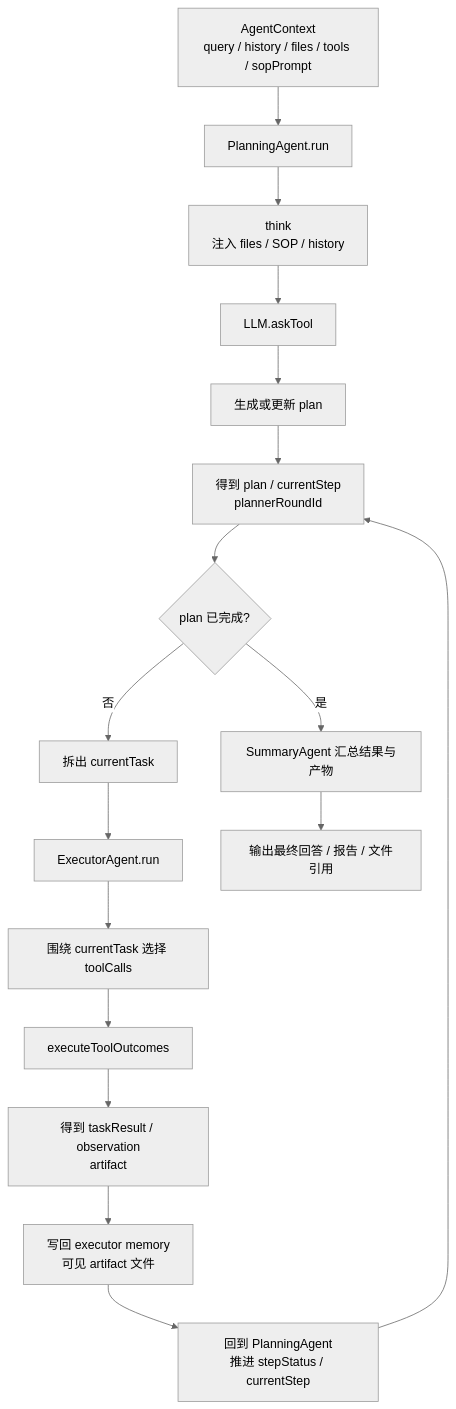
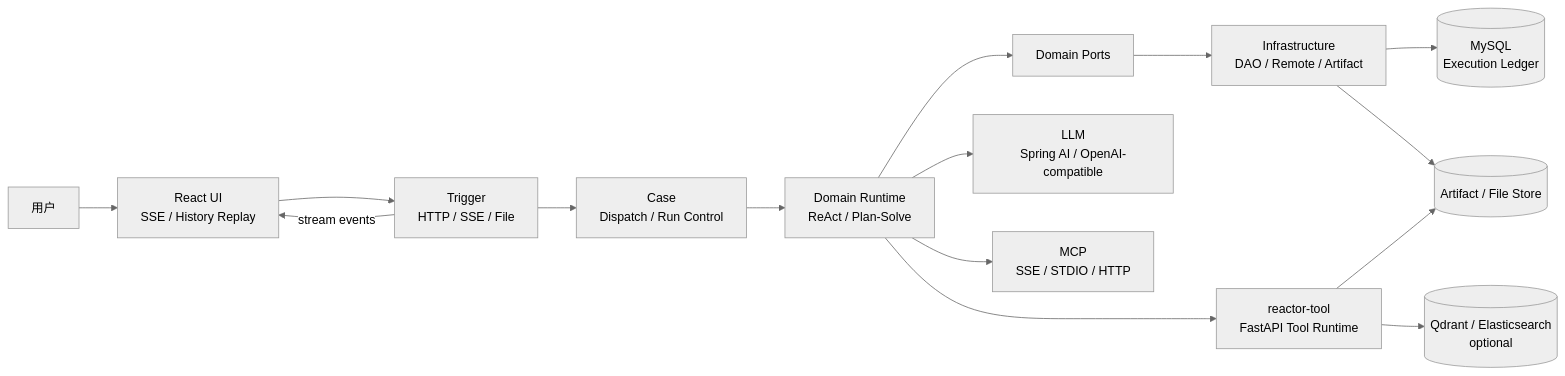
One commit to OWWZO/ai-agent changed the diagram in README.md. Above: the diagram before and after it, drawn with Mermaid (neutral theme). The commit also changed other lines of this file and 247 other files, not shown here.

````diff
--- a/README.md
+++ b/README.md
@@ -335,23 +213,20 @@
 ```mermaid
-flowchart TD
-A["AgentContext<br/>query / history / files / tools / sopPrompt"]
-B["PlanningAgent.run"]
-C["think<br/>注入 files / SOP / history"]
-D["LLM.askTool"]
-E["生成或更新 plan"]
-F["得到 plan / currentStep<br/>plannerRoundId"]
-G{"plan 已完成?"}
-H["拆出 currentTask"]
-I["ExecutorAgent.run"]
-J["围绕 currentTask 选择 toolCalls"]
-K["executeToolOutcomes"]
-L["得到 taskResult / observation<br/>artifact"]
-M["写回 executor memory<br/>可见 artifact 文件"]
-N["回到 PlanningAgent<br/>推进 stepStatus / currentStep"]
-O["SummaryAgent 汇总结果与产物"]
-P["输出最终回答 / 报告 / 文件引用"]
+flowchart LR
+    User["用户"] --> UI["React UI<br/>SSE / History Replay"]
+    UI --> Trigger["Trigger<br/>HTTP / SSE / File"]
+    Trigger --> Case["Case<br/>Dispatch / Run Control"]
+    Case --> Domain["Domain Runtime<br/>ReAct / Plan-Solve"]
+    Domain --> Ports["Domain Ports"]
+    Ports --> Infra["Infrastructure<br/>DAO / Remote / Artifact"]
 
-A --> B --> C --> D --> E --> F --> G
-G -->|否| H --> I --> J --> K --> L --> M --> N --> F
-G -->|是| O --> P
+    Domain --> LLM["LLM<br/>Spring AI / OpenAI-compatible"]
+    Domain --> MCP["MCP<br/>SSE / STDIO / HTTP"]
+    Domain --> Tools["reactor-tool<br/>FastAPI Tool Runtime"]
+
+    Infra --> Ledger[("MySQL<br/>Execution Ledger")]
+    Infra --> Files[("Artifact / File Store")]
+    Tools --> Files
+    Tools --> Vector[("Qdrant / Elasticsearch<br/>optional")]
+
+    Trigger -->|stream events| UI
 ```
````
